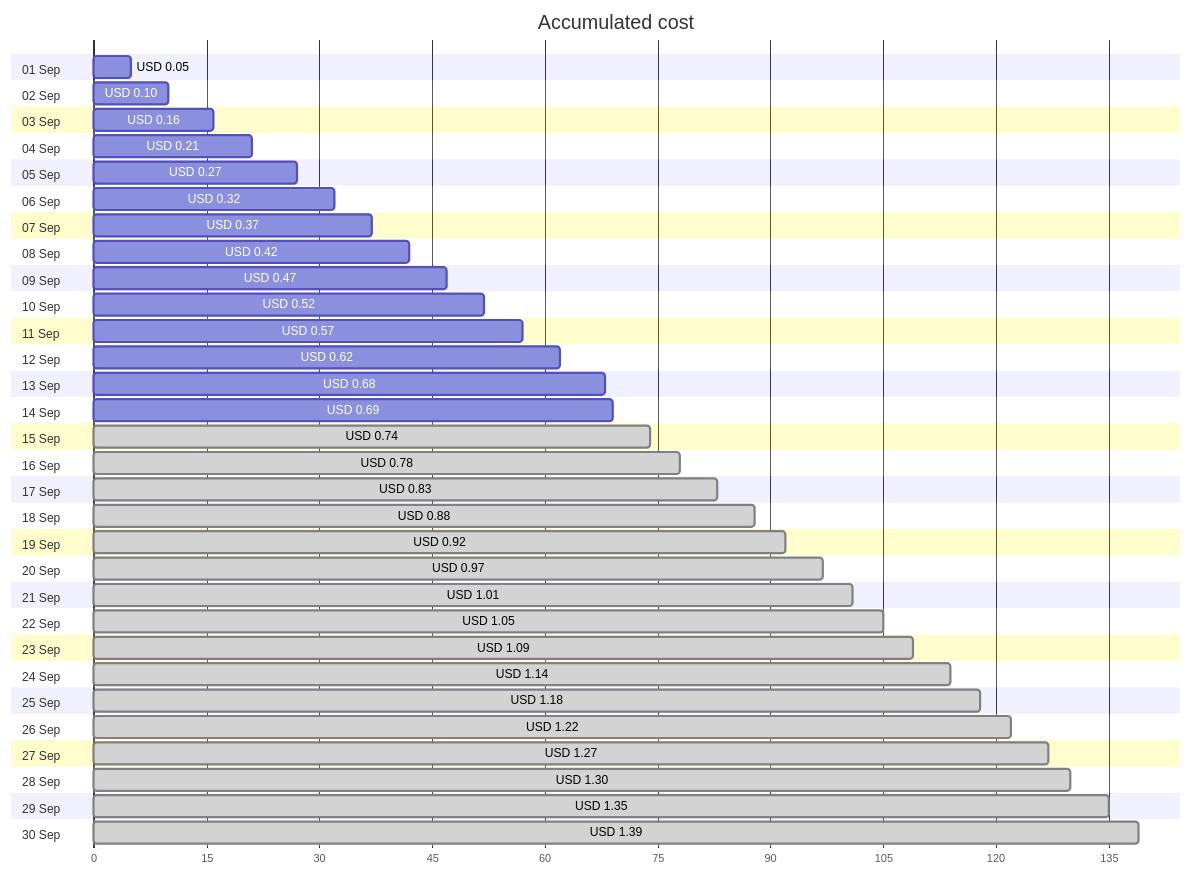
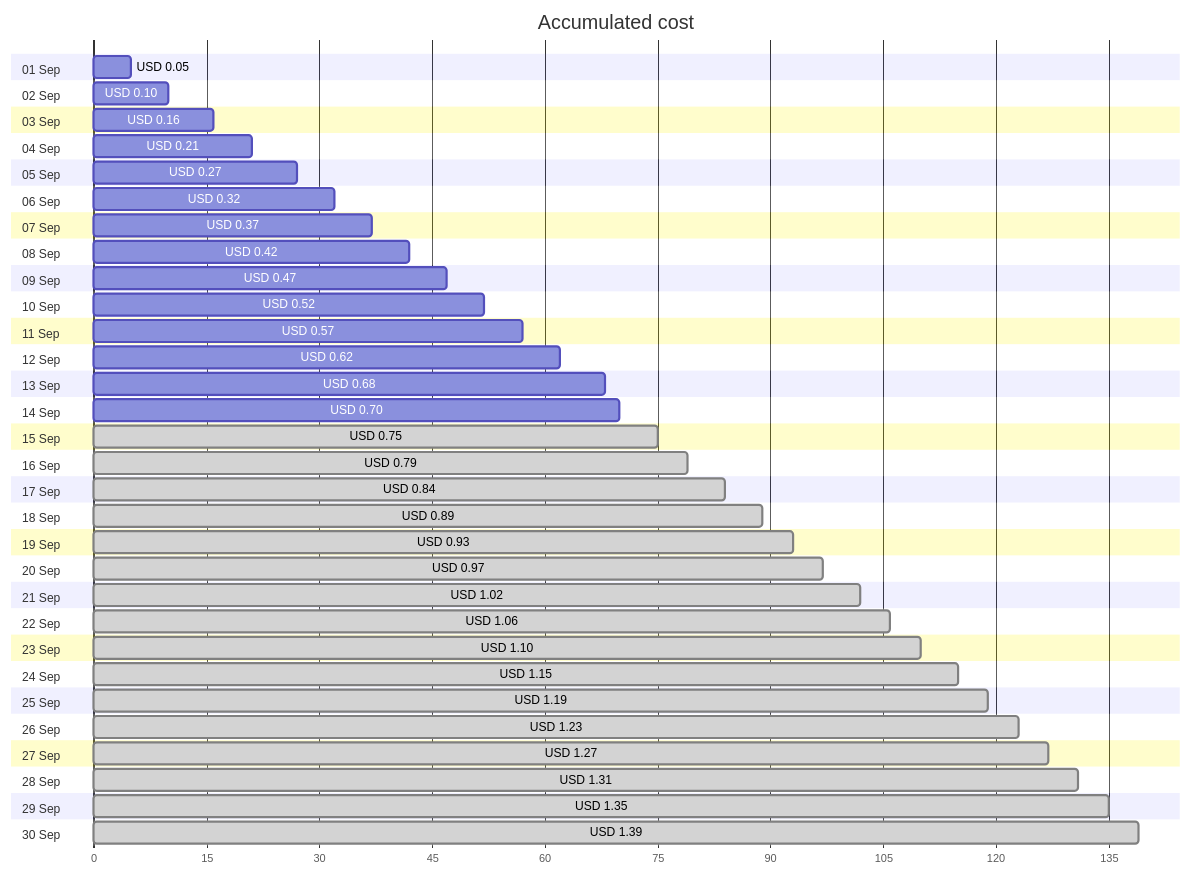
One commit to jpfulton/azure-personal-reports changed the first of 4 diagrams in cost-reports/personal-network/win-dev_OsDisk.md. Above: the diagram before and after it, drawn with Mermaid. The commit also changed other lines of this file and 34 other files, not shown here.

````diff
--- a/cost-reports/personal-network/win-dev_OsDisk.md
+++ b/cost-reports/personal-network/win-dev_OsDisk.md
@@ -20,66 +20,66 @@
 ```mermaid
 gantt
    title Accumulated cost
    dateFormat  X
    axisFormat %s
    section 01 Sep
    USD 0.05 :0, 5
    section 02 Sep
    USD 0.10 :0, 10
    section 03 Sep
    USD 0.16 :0, 16
    section 04 Sep
    USD 0.21 :0, 21
    section 05 Sep
    USD 0.27 :0, 27
    section 06 Sep
    USD 0.32 :0, 32
    section 07 Sep
    USD 0.37 :0, 37
    section 08 Sep
    USD 0.42 :0, 42
    section 09 Sep
    USD 0.47 :0, 47
    section 10 Sep
    USD 0.52 :0, 52
    section 11 Sep
    USD 0.57 :0, 57
    section 12 Sep
    USD 0.62 :0, 62
    section 13 Sep
    USD 0.68 :0, 68
    section 14 Sep
-   USD 0.69 :0, 69
+   USD 0.70 :0, 70
    section 15 Sep
-   USD 0.74 : done, 0, 74
+   USD 0.75 : done, 0, 75
    section 16 Sep
-   USD 0.78 : done, 0, 78
+   USD 0.79 : done, 0, 79
    section 17 Sep
-   USD 0.83 : done, 0, 83
+   USD 0.84 : done, 0, 84
    section 18 Sep
-   USD 0.88 : done, 0, 88
+   USD 0.89 : done, 0, 89
    section 19 Sep
-   USD 0.92 : done, 0, 92
+   USD 0.93 : done, 0, 93
    section 20 Sep
    USD 0.97 : done, 0, 97
    section 21 Sep
-   USD 1.01 : done, 0, 101
+   USD 1.02 : done, 0, 102
    section 22 Sep
-   USD 1.05 : done, 0, 105
+   USD 1.06 : done, 0, 106
    section 23 Sep
-   USD 1.09 : done, 0, 109
+   USD 1.10 : done, 0, 110
    section 24 Sep
-   USD 1.14 : done, 0, 114
+   USD 1.15 : done, 0, 115
    section 25 Sep
-   USD 1.18 : done, 0, 118
+   USD 1.19 : done, 0, 119
    section 26 Sep
-   USD 1.22 : done, 0, 122
+   USD 1.23 : done, 0, 123
    section 27 Sep
    USD 1.27 : done, 0, 127
    section 28 Sep
-   USD 1.30 : done, 0, 130
+   USD 1.31 : done, 0, 131
    section 29 Sep
    USD 1.35 : done, 0, 135
    section 30 Sep
    USD 1.39 : done, 0, 139
 ```
````
